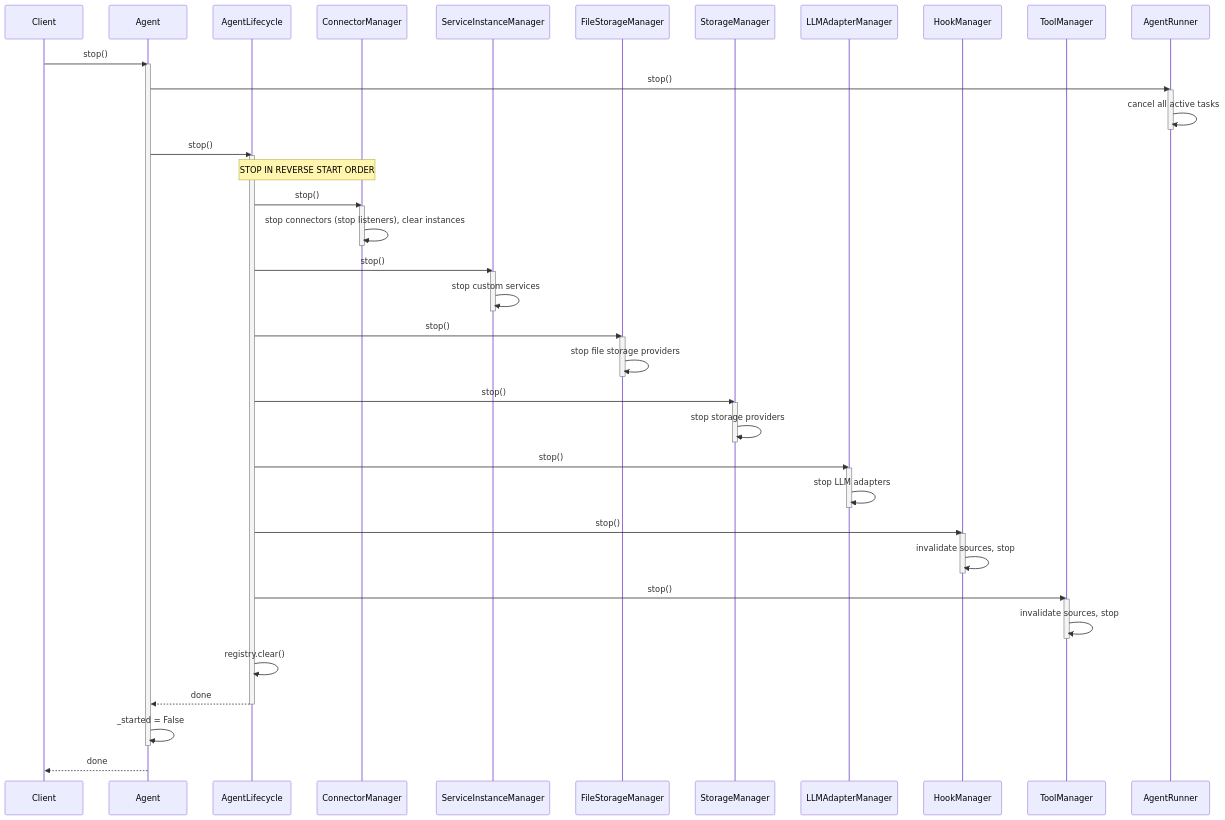
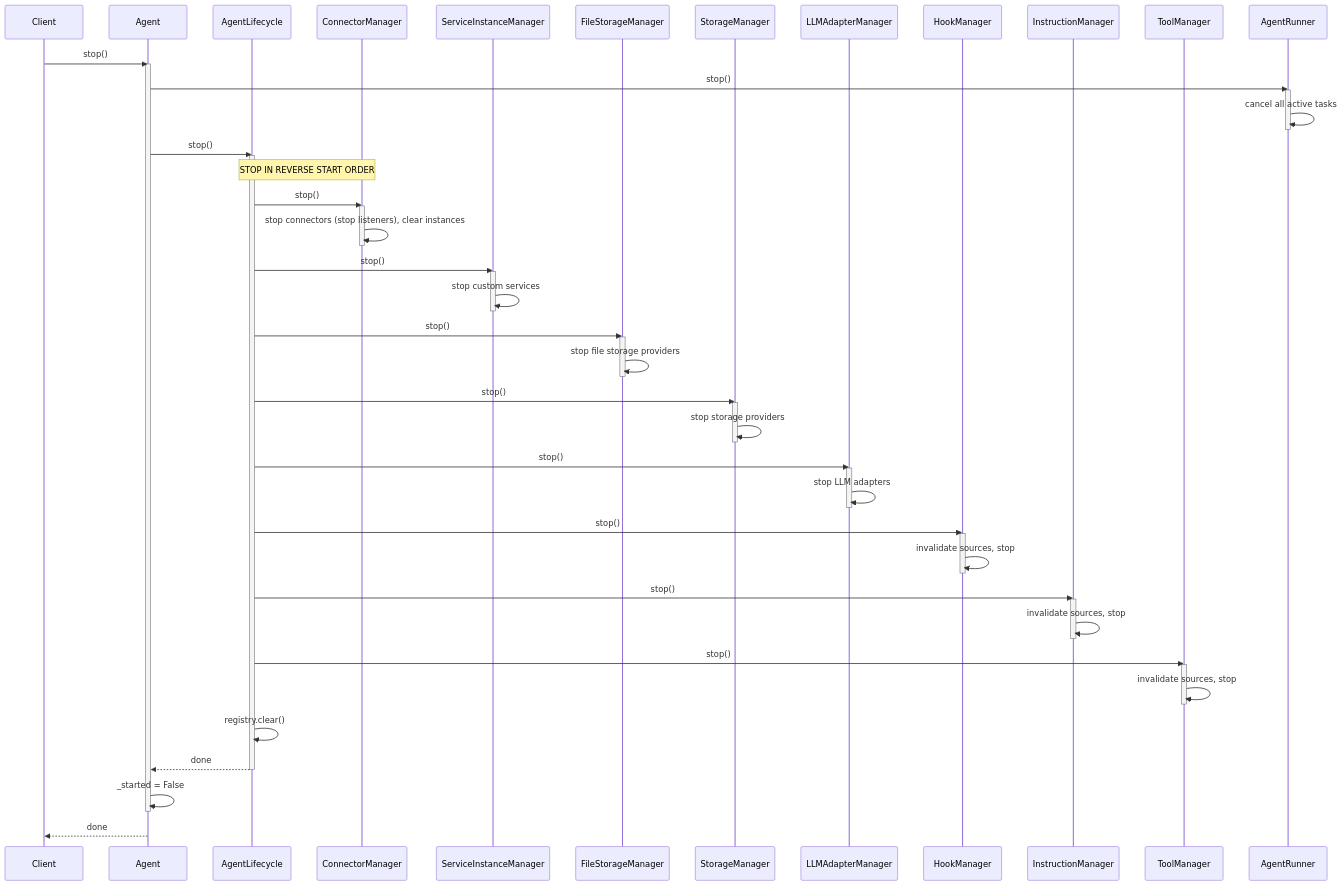
One commit to matrixd0t/commamatrix changed the seventh of 13 diagrams in visuals.md. Above: the diagram before and after it, drawn with Mermaid. The commit also changed other lines of this file and 32 other files, not shown here.

````diff
--- a/visuals.md
+++ b/visuals.md
@@ -349,70 +357,76 @@
 ```mermaid
 sequenceDiagram
     participant Client
     participant Agent
     participant SM as AgentLifecycle
     participant ConM as ConnectorManager
     participant SMgr as ServiceInstanceManager
     participant FStM as FileStorageManager
     participant StM as StorageManager
     participant LM as LLMAdapterManager
     participant HM as HookManager
+    participant IM as InstructionManager
     participant TM as ToolManager
     participant Runner as AgentRunner
 
     Client->>Agent: stop()
     activate Agent
 
     Agent->>Runner: stop()
     activate Runner
     Runner->>Runner: cancel all active tasks
     deactivate Runner
 
     Agent->>SM: stop()
     activate SM
 
     Note over SM,ConM: STOP IN REVERSE START ORDER
 
     SM->>ConM: stop()
     activate ConM
     ConM->>ConM: stop connectors (stop listeners), clear instances
     deactivate ConM
 
     SM->>SMgr: stop()
     activate SMgr
     SMgr->>SMgr: stop custom services
     deactivate SMgr
 
     SM->>FStM: stop()
     activate FStM
     FStM->>FStM: stop file storage providers
     deactivate FStM
 
     SM->>StM: stop()
     activate StM
     StM->>StM: stop storage providers
     deactivate StM
 
     SM->>LM: stop()
     activate LM
     LM->>LM: stop LLM adapters
     deactivate LM
 
     SM->>HM: stop()
     activate HM
     HM->>HM: invalidate sources, stop
     deactivate HM
 
+    SM->>IM: stop()
+    activate IM
+    IM->>IM: invalidate sources, stop
+    deactivate IM
+
     SM->>TM: stop()
     activate TM
     TM->>TM: invalidate sources, stop
     deactivate TM
 
     SM->>SM: registry.clear()
     SM-->>Agent: done
     deactivate SM
 
     Agent->>Agent: _started = False
     deactivate Agent
     Agent-->>Client: done
 ```
````
